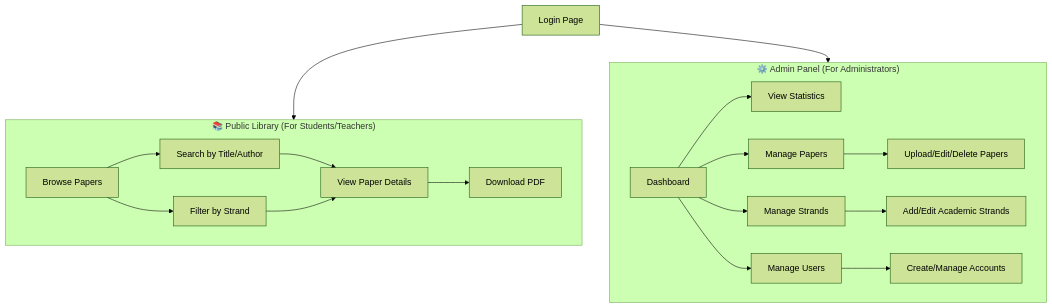
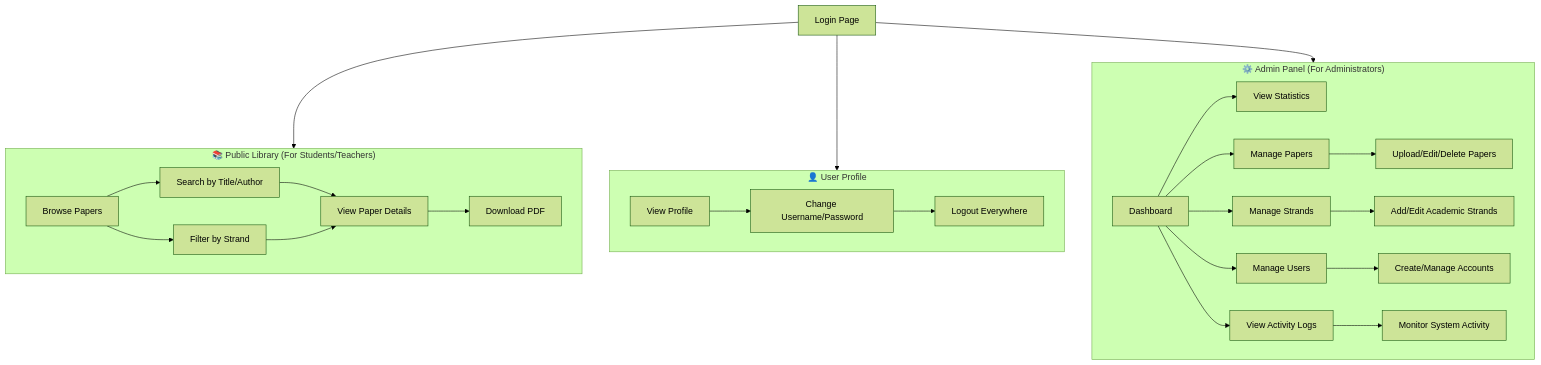
One commit to RjDurin04/cvnhs_electronic_research_library changed the first of 3 diagrams in DOCUMENTATION.md. Above: the diagram before and after it, drawn with Mermaid (forest theme). The commit also changed other lines of this file and 5 other files, not shown here.

````diff
--- a/DOCUMENTATION.md
+++ b/DOCUMENTATION.md
@@ -23,23 +24,31 @@
 ```mermaid
 flowchart TB
     subgraph Public["📚 Public Library (For Students/Teachers)"]
         A[Browse Papers] --> B[Search by Title/Author]
         A --> C[Filter by Strand]
         B --> D[View Paper Details]
         C --> D
         D --> E[Download PDF]
     end
     
+    subgraph Profile["👤 User Profile"]
+        P1[View Profile] --> P2[Change Username/Password]
+        P2 --> P3[Logout Everywhere]
+    end
+    
     subgraph Admin["⚙️ Admin Panel (For Administrators)"]
         F[Dashboard] --> G[View Statistics]
         F --> H[Manage Papers]
         F --> I[Manage Strands]
         F --> J[Manage Users]
-        H --> K[Upload/Edit/Delete Papers]
-        I --> L[Add/Edit Academic Strands]
-        J --> M[Create/Manage Accounts]
+        F --> K[View Activity Logs]
+        H --> L[Upload/Edit/Delete Papers]
+        I --> M[Add/Edit Academic Strands]
+        J --> N[Create/Manage Accounts]
+        K --> O[Monitor System Activity]
     end
     
     Login[Login Page] --> Public
+    Login --> Profile
     Login --> Admin
 ```
````
